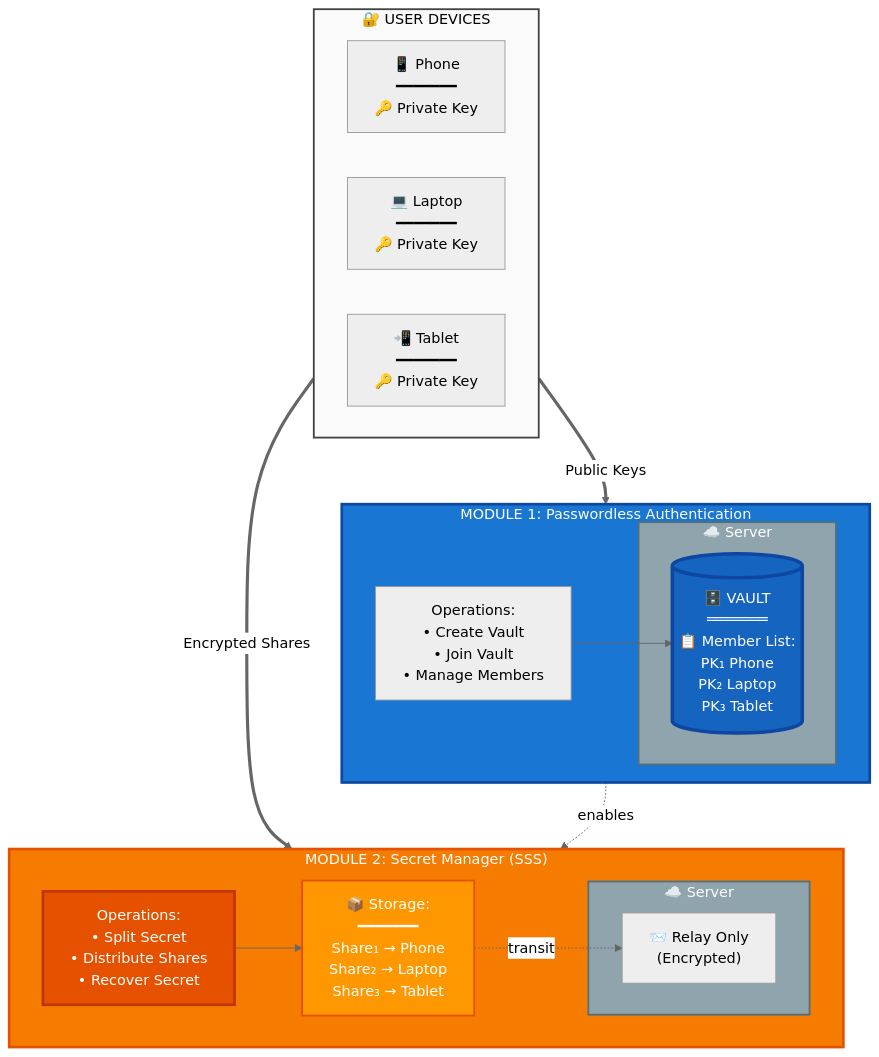
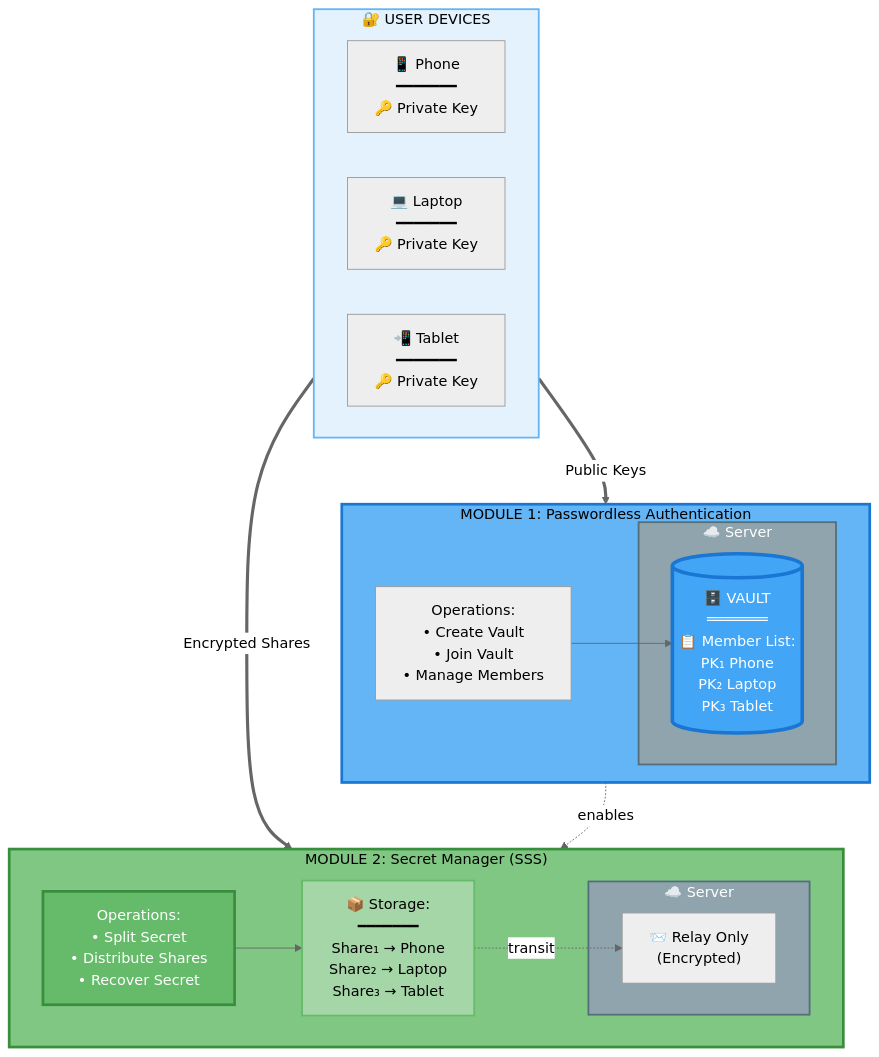
The second of 12 diagrams in docs/meta-secret-technical-presentation.md (meta-secret/meta-secret-core), drawn with Mermaid (neutral theme) before and after one commit. The commit also changed other lines of this file, not shown here.

````diff
--- a/docs/meta-secret-technical-presentation.md
+++ b/docs/meta-secret-technical-presentation.md
@@ -181,50 +181,50 @@
 ```mermaid
 flowchart TB
     subgraph LAYER1["🔐 USER DEVICES"]
         direction LR
         D1["📱 Phone<br/>━━━━━━━<br/>🔑 Private Key"]
         D2["💻 Laptop<br/>━━━━━━━<br/>🔑 Private Key"]
         D3["📲 Tablet<br/>━━━━━━━<br/>🔑 Private Key"]
     end
     
     subgraph LAYER2["MODULE 1: Passwordless Authentication"]
         direction LR
         
         ACTIONS1["Operations:<br/>• Create Vault<br/>• Join Vault<br/>• Manage Members"]
         
         subgraph SRV1["☁️ Server"]
             VAULT[("🗄️ VAULT<br/>═══════<br/>📋 Member List:<br/>PK₁ Phone<br/>PK₂ Laptop<br/>PK₃ Tablet")]
         end
         
         ACTIONS1 --> VAULT
     end
     
     subgraph LAYER3["MODULE 2: Secret Manager (SSS)"]
         direction LR
         
         SPLIT["Operations:<br/>• Split Secret<br/>• Distribute Shares<br/>• Recover Secret"]
         
         SHARES["📦 Storage:<br/>━━━━━━━<br/>Share₁ → Phone<br/>Share₂ → Laptop<br/>Share₃ → Tablet"]
         
         subgraph SRV2["☁️ Server"]
             RELAY["📨 Relay Only<br/>(Encrypted)"]
         end
         
         SPLIT --> SHARES
         SHARES -.->|transit| RELAY
     end
     
     LAYER1 ==>|Public Keys| LAYER2
     LAYER1 ==>|Encrypted Shares| LAYER3
     
     LAYER2 -.->|enables| LAYER3
     
-    style VAULT fill:#1565c0,color:#fff,stroke:#0d47a1,stroke-width:4px
-    style SPLIT fill:#e65100,color:#fff,stroke:#bf360c,stroke-width:3px
-    style LAYER1 fill:#fafafa,stroke:#424242,stroke-width:2px,color:#000
-    style LAYER2 fill:#1976d2,color:#fff,stroke:#0d47a1,stroke-width:3px
-    style LAYER3 fill:#f57c00,color:#fff,stroke:#e65100,stroke-width:3px
+    style VAULT fill:#42a5f5,color:#fff,stroke:#1976d2,stroke-width:4px
+    style SPLIT fill:#66bb6a,color:#fff,stroke:#388e3c,stroke-width:3px
+    style LAYER1 fill:#e3f2fd,stroke:#64b5f6,stroke-width:2px,color:#000
+    style LAYER2 fill:#64b5f6,color:#000,stroke:#1976d2,stroke-width:3px
+    style LAYER3 fill:#81c784,color:#000,stroke:#388e3c,stroke-width:3px
     style SRV1 fill:#90a4ae,color:#fff,stroke:#546e7a,stroke-width:2px
     style SRV2 fill:#90a4ae,color:#fff,stroke:#546e7a,stroke-width:2px
-    style SHARES fill:#ff9800,color:#fff,stroke:#e65100,stroke-width:2px
+    style SHARES fill:#a5d6a7,color:#000,stroke:#66bb6a,stroke-width:2px
 ```
````
